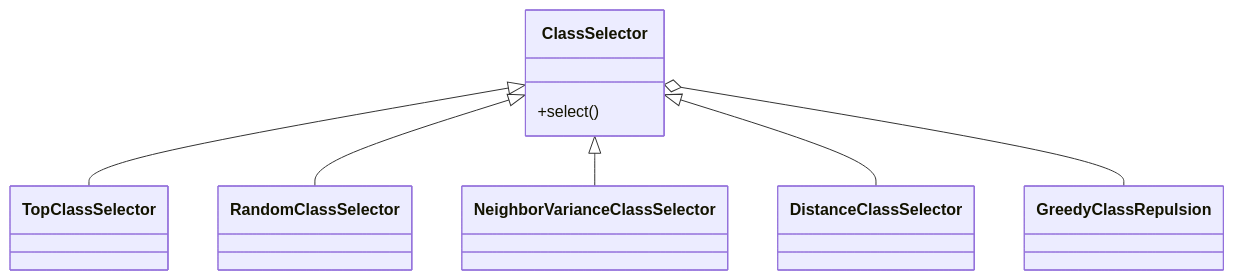
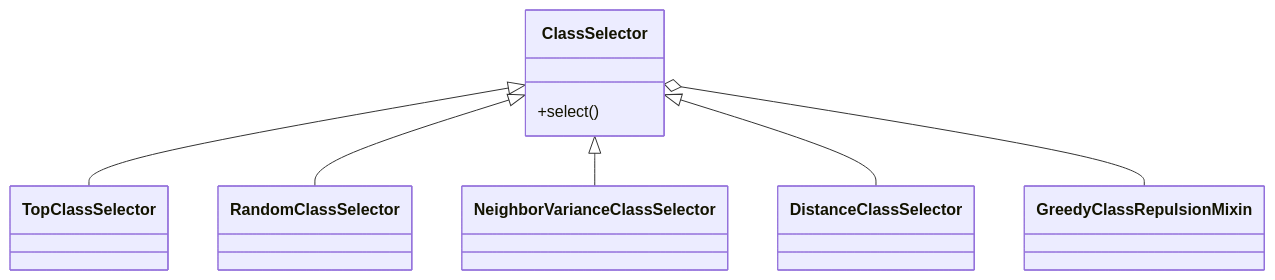
Before and after one commit to ComputationalCryoEM/ASPIRE-Python: the fourth of 6 diagrams in docs/source/class_source.rst, drawn with Mermaid. The commit also changed other lines of this file and 1 other file, not shown here.

Commit message:
GreedyClassreplusion->GreedyClassRepulsionMixin

```diff
--- a/docs/source/class_source.rst
+++ b/docs/source/class_source.rst
@@ -153,11 +153,11 @@
 .. mermaid::
 
    classDiagram
       class ClassSelector{
 	 +select()
 	 }
        ClassSelector <|-- TopClassSelector
        ClassSelector <|-- RandomClassSelector
        ClassSelector <|-- NeighborVarianceClassSelector
        ClassSelector <|-- DistanceClassSelector
-       ClassSelector o-- GreedyClassRepulsion
+       ClassSelector o-- GreedyClassRepulsionMixin
```
